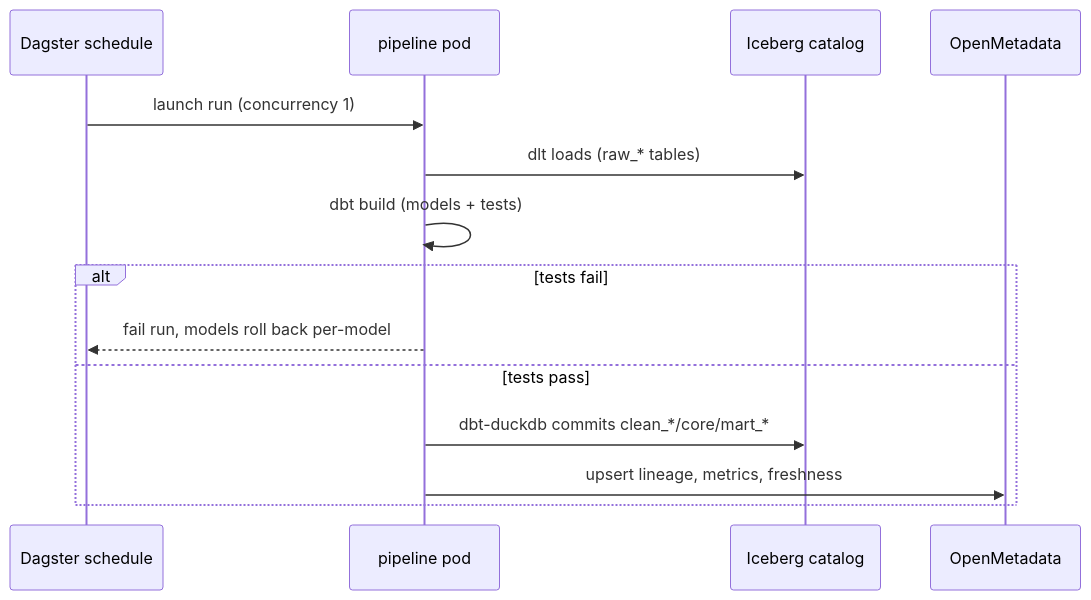
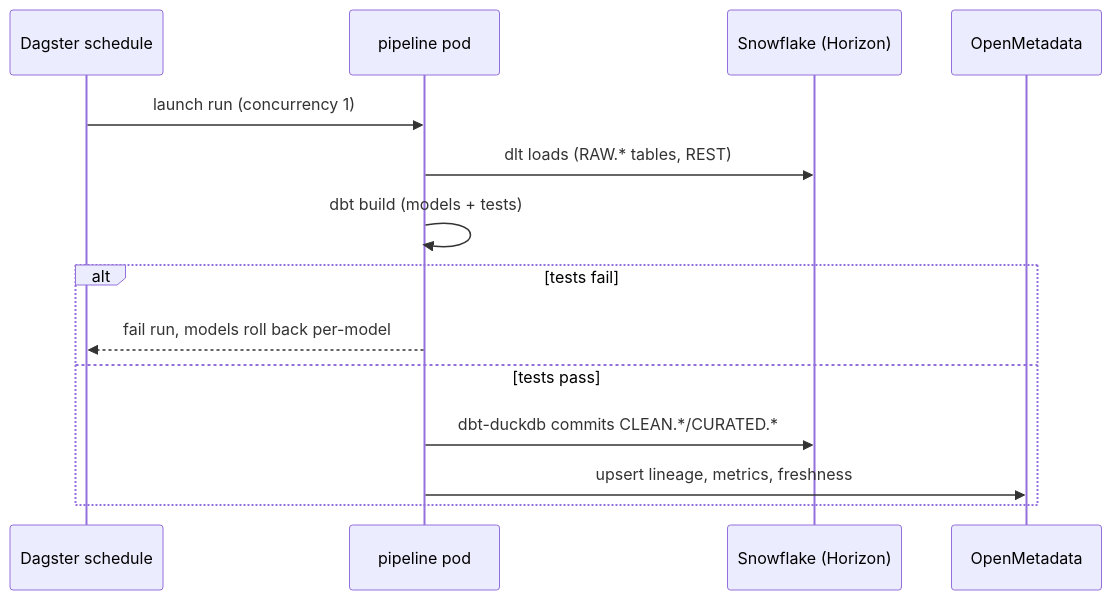
The second of 3 diagrams in docs/ARCHITECTURE.md (kgmcquate/open-health-data-platform), drawn with Mermaid before and after one commit. The commit also changed other lines of this file and 55 other files, not shown here.

````diff
--- a/docs/ARCHITECTURE.md
+++ b/docs/ARCHITECTURE.md
@@ -121,17 +121,17 @@
 ```mermaid
 sequenceDiagram
     participant Sched as Dagster schedule
     participant Build as pipeline pod
-    participant Lake as Iceberg catalog
+    participant Lake as Snowflake (Horizon)
     participant OM as OpenMetadata
 
     Sched->>Build: launch run (concurrency 1)
-    Build->>Lake: dlt loads (raw_* tables)
+    Build->>Lake: dlt loads (RAW.* tables, REST)
     Build->>Build: dbt build (models + tests)
     alt tests fail
         Build-->>Sched: fail run, models roll back per-model
     else tests pass
-        Build->>Lake: dbt-duckdb commits clean_*/core/mart_*
+        Build->>Lake: dbt-duckdb commits CLEAN.*/CURATED.*
         Build->>OM: upsert lineage, metrics, freshness
     end
 ```
````
